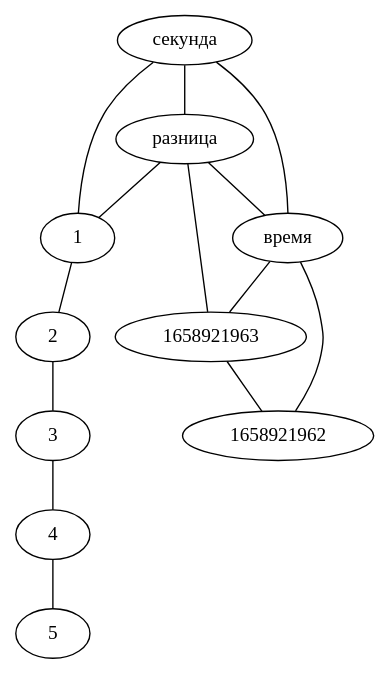
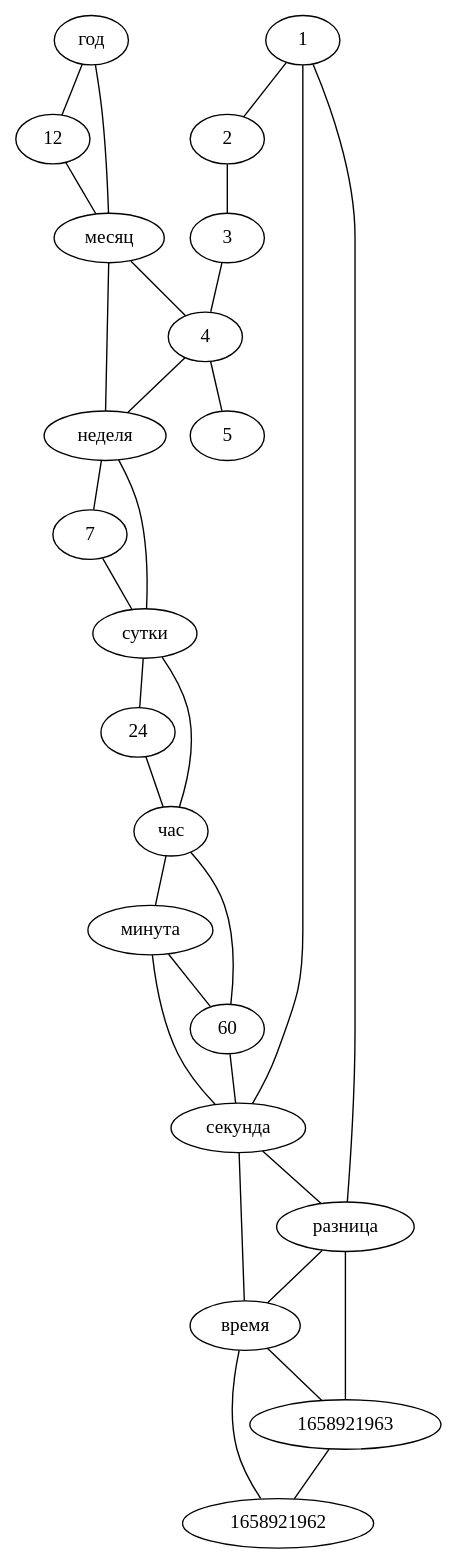
The diagram in graphs/global_graph.dot (LeonovEvgenii/AGI), drawn with Graphviz before and after one commit. The commit also changed 16 other files, not shown here.

```diff
--- a/graphs/global_graph.dot
+++ b/graphs/global_graph.dot
@@ -1,15 +1,32 @@
 strict graph G {
 "1" -- "2"
 "2" -- "3"
 "3" -- "4"
 "4" -- "5"
 "время" -- "1658921962"
 "время" -- "1658921963"
 "разница" -- "1"
 "разница" -- "1658921963"
 "1658921963" -- "1658921962"
 "секунда" -- "1"
 "секунда" -- "разница"
 "секунда" -- "время"
 "разница" -- "время"
+"минута" -- "60"
+"минута" -- "секунда"
+"60" -- "секунда"
+"час" -- "60"
+"час" -- "минута"
+"сутки" -- "24"
+"сутки" -- "час"
+"24" -- "час"
+"неделя" -- "7"
+"неделя" -- "сутки"
+"7" -- "сутки"
+"месяц" -- "4"
+"месяц" -- "неделя"
+"4" -- "неделя"
+"год" -- "12"
+"год" -- "месяц"
+"12" -- "месяц"
 }
```
